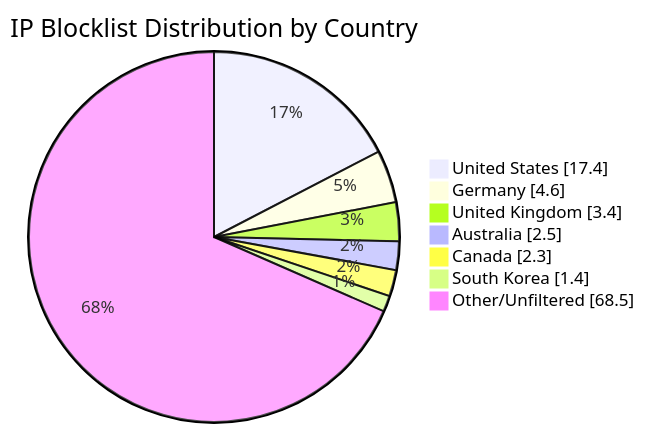
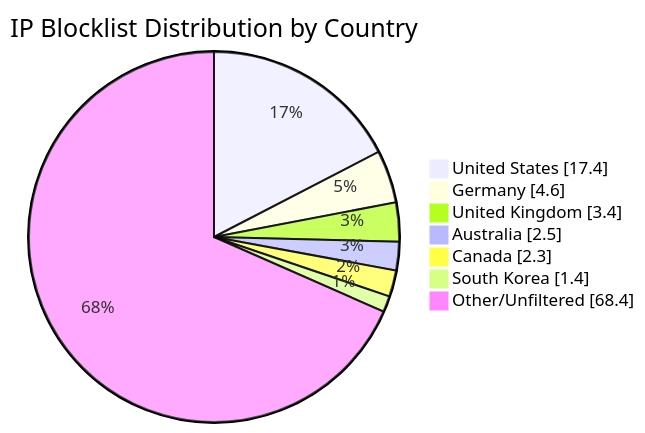
One commit to MarcusHoltz/ipblocklist-geofiltered-aggregator changed the diagram in README.md. Above: the diagram before and after it, drawn with Mermaid. The commit also changed other lines of this file and 9 other files, not shown here.

````diff
--- a/README.md
+++ b/README.md
@@ -34,10 +34,10 @@
 ```mermaid
 pie showData title IP Blocklist Distribution by Country
 "United States" : 17.4
 "Germany" : 4.6
 "United Kingdom" : 3.4
 "Australia" : 2.5
 "Canada" : 2.3
 "South Korea" : 1.4
-"Other/Unfiltered" : 68.5
+"Other/Unfiltered" : 68.4
 ```
````
